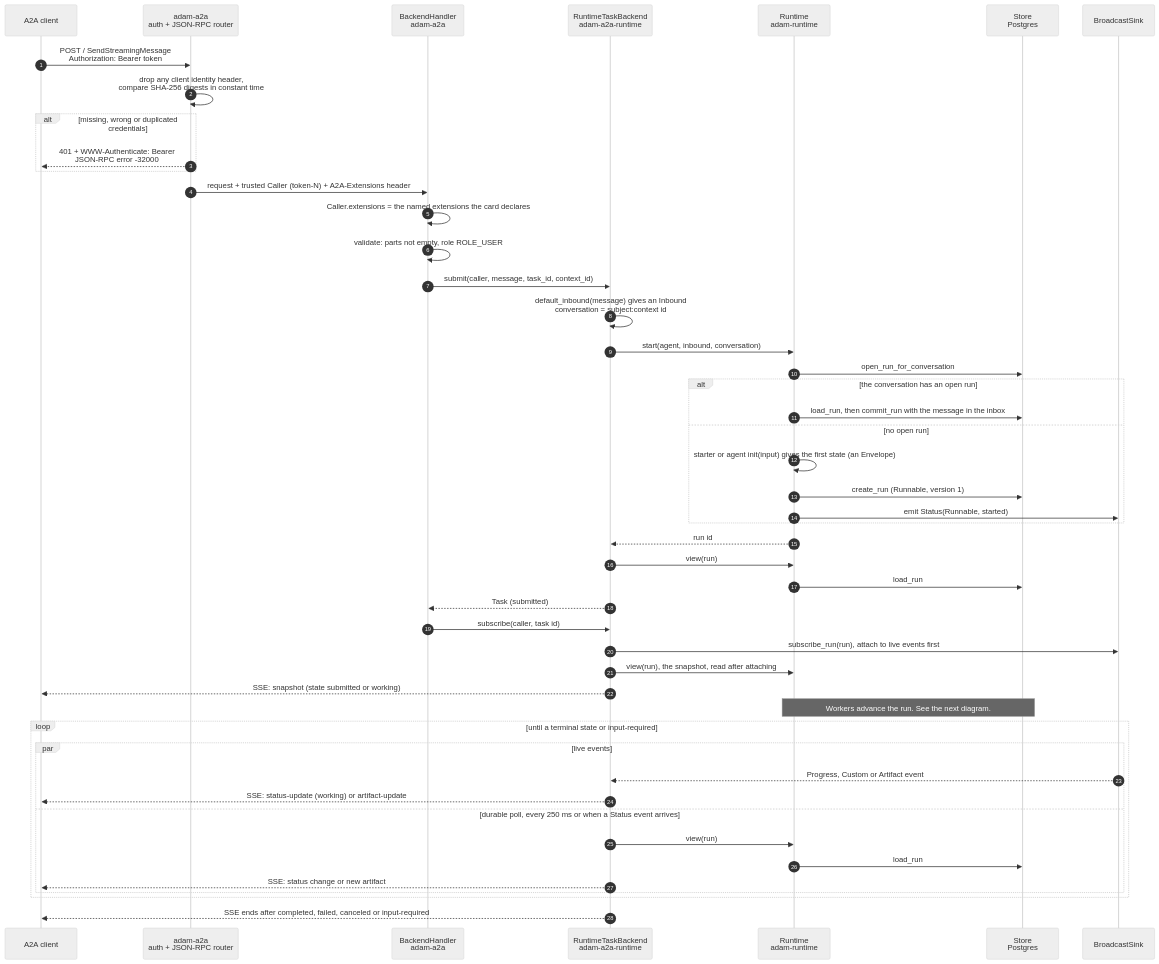
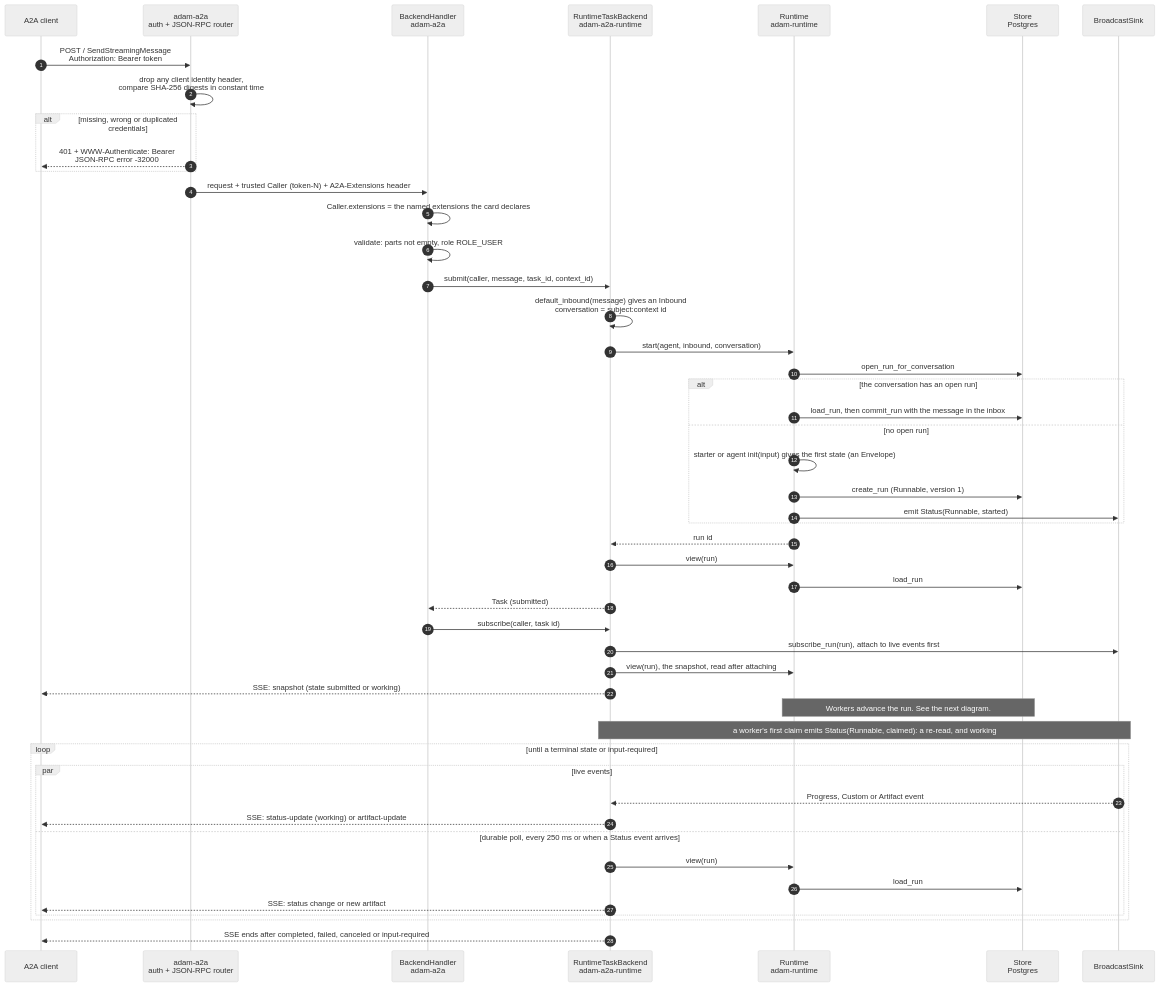
The ninth of 31 diagrams in docs/architecture.md (vymalo/another-adam-rs), drawn with Mermaid (neutral theme) before and after one commit. The commit also changed other lines of this file and 12 other files, not shown here.

````diff
--- a/docs/architecture.md
+++ b/docs/architecture.md
@@ -817,51 +817,52 @@
 ```mermaid
 sequenceDiagram
     autonumber
     participant C as A2A client
     participant S as adam-a2a<br/>auth + JSON-RPC router
     participant H as BackendHandler<br/>adam-a2a
     participant B as RuntimeTaskBackend<br/>adam-a2a-runtime
     participant R as Runtime<br/>adam-runtime
     participant DB as Store<br/>Postgres
     participant K as BroadcastSink
 
     C->>S: POST / SendStreamingMessage<br/>Authorization: Bearer token
     S->>S: drop any client identity header,<br/>compare SHA-256 digests in constant time
     alt missing, wrong or duplicated credentials
         S-->>C: 401 + WWW-Authenticate: Bearer<br/>JSON-RPC error -32000
     end
     S->>H: request + trusted Caller (token-N) + A2A-Extensions header
     H->>H: Caller.extensions = the named extensions the card declares
     H->>H: validate: parts not empty, role ROLE_USER
     H->>B: submit(caller, message, task_id, context_id)
     B->>B: default_inbound(message) gives an Inbound<br/>conversation = subject:context id
     B->>R: start(agent, inbound, conversation)
     R->>DB: open_run_for_conversation
     alt the conversation has an open run
         R->>DB: load_run, then commit_run with the message in the inbox
     else no open run
         R->>R: starter or agent init(input) gives the first state (an Envelope)
         R->>DB: create_run (Runnable, version 1)
         R->>K: emit Status(Runnable, started)
     end
     R-->>B: run id
     B->>R: view(run)
     R->>DB: load_run
     B-->>H: Task (submitted)
     H->>B: subscribe(caller, task id)
     B->>K: subscribe_run(run), attach to live events first
     B->>R: view(run), the snapshot, read after attaching
     B-->>C: SSE: snapshot (state submitted or working)
     Note over R,DB: Workers advance the run. See the next diagram.
+    Note over K,B: a worker's first claim emits Status(Runnable, claimed): a re-read, and working
     loop until a terminal state or input-required
         par live events
             K-->>B: Progress, Custom or Artifact event
             B-->>C: SSE: status-update (working) or artifact-update
         and durable poll, every 250 ms or when a Status event arrives
             B->>R: view(run)
             R->>DB: load_run
             B-->>C: SSE: status change or new artifact
         end
     end
     B-->>C: SSE ends after completed, failed, canceled or input-required
 ```
````
